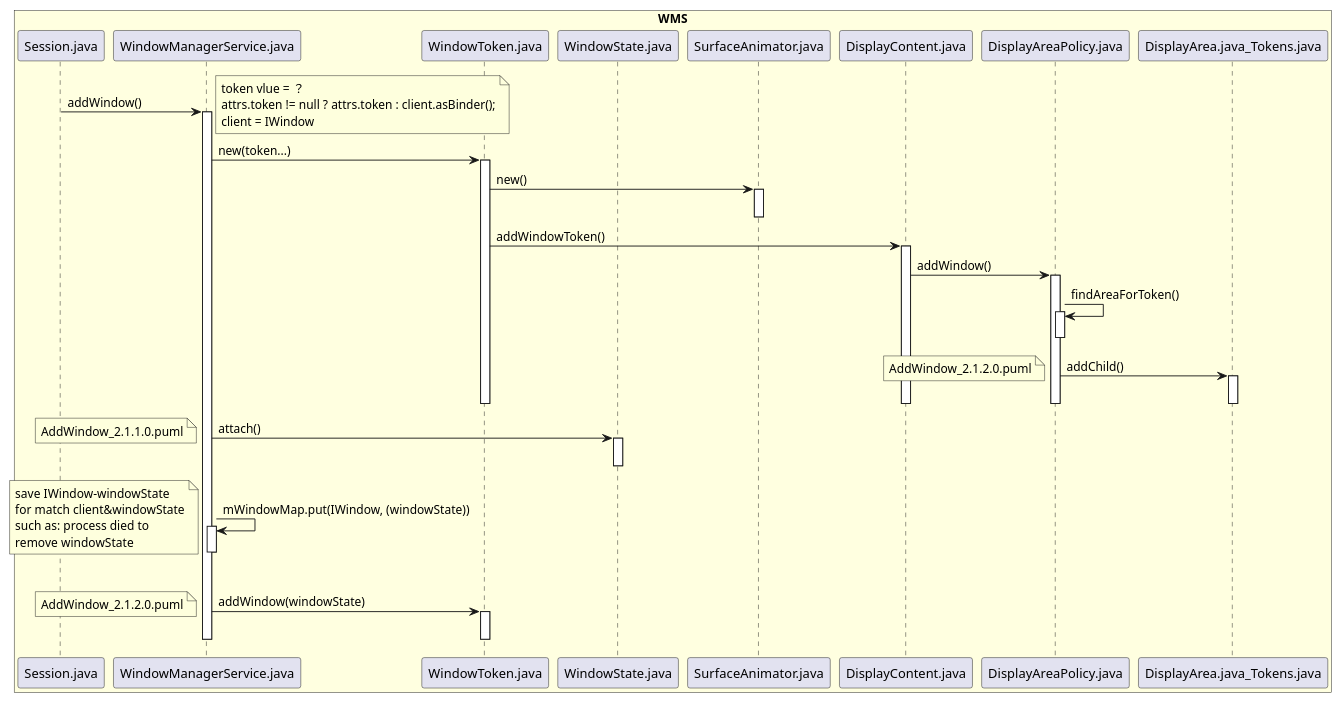
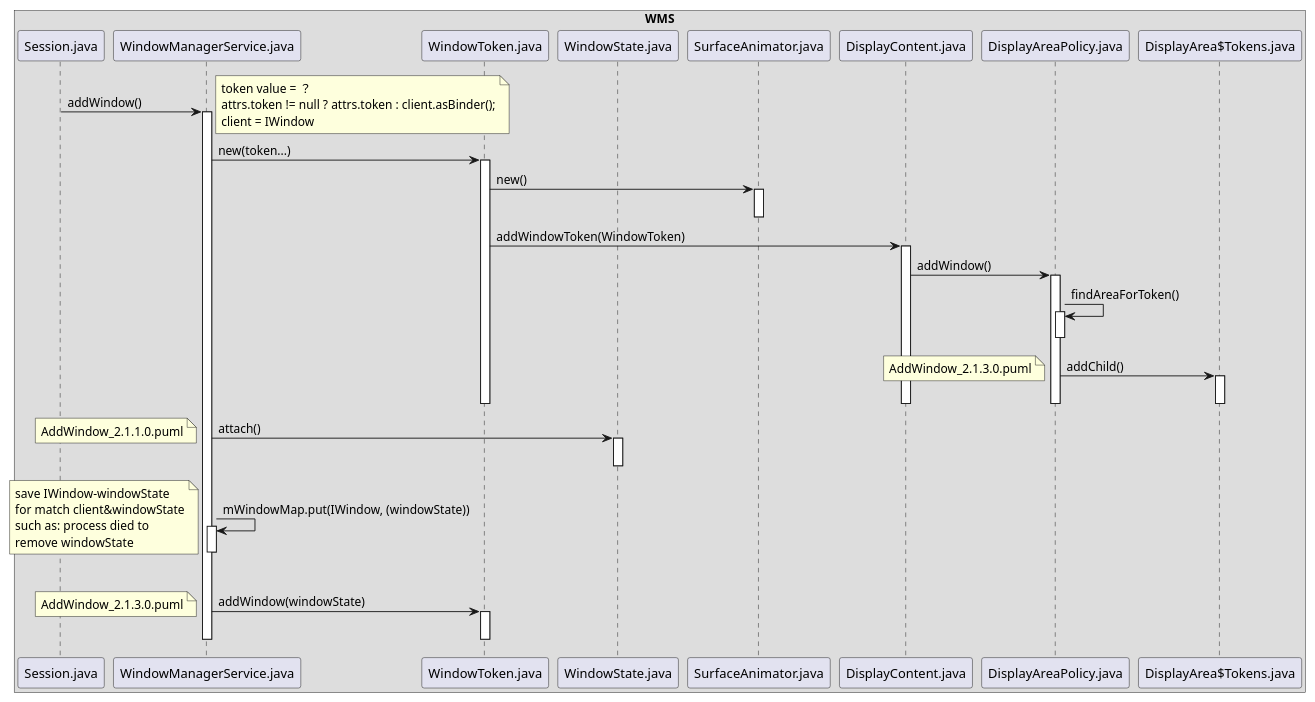
Before and after one commit to javalive09/UML: the diagram in android11/addwindow/AddWindow_2.1.0.0_systemdialog.puml, drawn with PlantUML. The commit also changed 24 other files, not shown here.

Commit message:
update uml

```diff
--- a/android11/addwindow/AddWindow_2.1.0.0_systemdialog.puml
+++ b/android11/addwindow/AddWindow_2.1.0.0_systemdialog.puml
@@ -1,70 +1,70 @@
 @startuml
 
-box "WMS" #LightYellow
+box "WMS"
 participant Session.java
 participant WindowManagerService.java
 participant WindowToken.java
 participant WindowState.java
 participant SurfaceAnimator.java
 participant DisplayContent.java
 participant DisplayAreaPolicy.java
-participant DisplayArea.java_Tokens.java
+participant "DisplayArea$Tokens.java"
 end box
 
 Session.java -> WindowManagerService.java: addWindow()
 activate WindowManagerService.java
 
 note right
-token vlue = ？
+token value = ？
 attrs.token != null ? attrs.token : client.asBinder();
 client = IWindow
 end note
 WindowManagerService.java -> WindowToken.java: new(token...)
 activate WindowToken.java
 
 WindowToken.java -> SurfaceAnimator.java: new()
 activate SurfaceAnimator.java
 deactivate SurfaceAnimator.java
-WindowToken.java -> DisplayContent.java: addWindowToken()
+WindowToken.java -> DisplayContent.java: addWindowToken(WindowToken)
 activate DisplayContent.java
 DisplayContent.java -> DisplayAreaPolicy.java: addWindow()
 activate DisplayAreaPolicy.java
 DisplayAreaPolicy.java -> DisplayAreaPolicy.java: findAreaForToken()
 activate DisplayAreaPolicy.java
 deactivate DisplayAreaPolicy.java
-DisplayAreaPolicy.java -> DisplayArea.java_Tokens.java: addChild()
-activate DisplayArea.java_Tokens.java
-deactivate DisplayArea.java_Tokens.java
+DisplayAreaPolicy.java -> "DisplayArea$Tokens.java": addChild()
+activate "DisplayArea$Tokens.java"
+deactivate "DisplayArea$Tokens.java"
 deactivate DisplayAreaPolicy.java
 deactivate DisplayContent.java
 deactivate WindowToken.java
 note left
-AddWindow_2.1.2.0.puml
+AddWindow_2.1.3.0.puml
 end note
 
 
 
 WindowManagerService.java -> WindowState.java: attach()
 activate WindowState.java
 deactivate WindowState.java
 note left:AddWindow_2.1.1.0.puml
 
 WindowManagerService.java -> WindowManagerService.java: mWindowMap.put(IWindow, (windowState))
 activate WindowManagerService.java
 deactivate WindowManagerService.java
 note left
 save IWindow-windowState
 for match client&windowState
 such as: process died to
 remove windowState
 end note
 
 WindowManagerService.java -> WindowToken.java: addWindow(windowState)
 activate WindowToken.java
 deactivate WindowToken.java
 deactivate WindowManagerService.java
-note left:AddWindow_2.1.2.0.puml
+note left:AddWindow_2.1.3.0.puml
 
 
 
 @enduml
```
